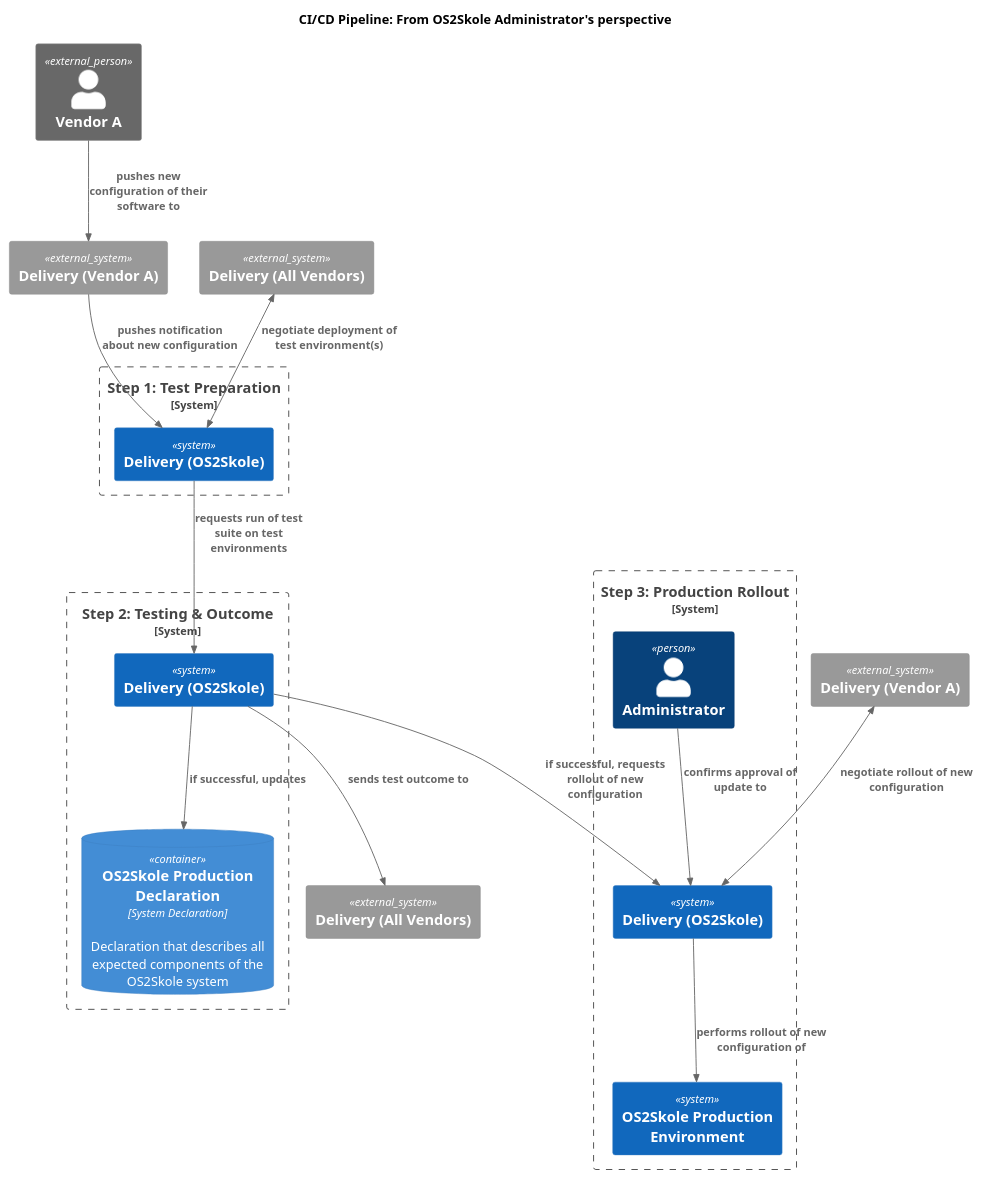
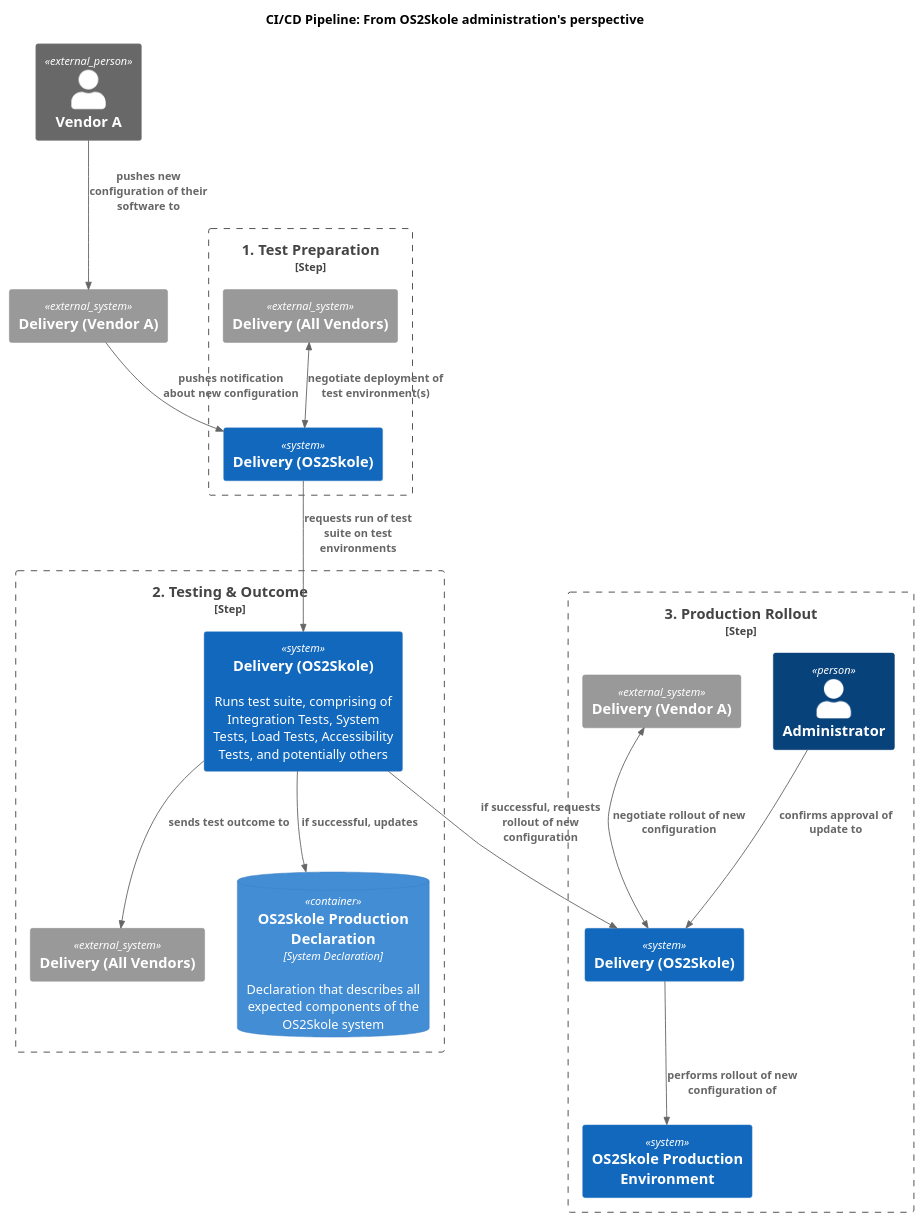
The diagram in docs/diagrams/pipeline_dynamic_diagram.puml (0xf1e/os2skole-PoC), drawn with PlantUML before and after one commit.

Commit message:
doc: make diagram more understandable

```diff
--- a/docs/diagrams/pipeline_dynamic_diagram.puml
+++ b/docs/diagrams/pipeline_dynamic_diagram.puml
@@ -1,45 +1,45 @@
 @startuml
 !include https://raw.githubusercontent.com/plantuml-stdlib/C4-PlantUML/master/C4_Container.puml
 
-title CI/CD Pipeline: From OS2Skole Administrator's perspective
+title CI/CD Pipeline: From OS2Skole administration's perspective
 
 ' --- External Actors ---
 Person_Ext(vendor_a, "Vendor A")
 System_Ext(delivery_vendor_a, "Delivery (Vendor A)", "")
-System_Ext(delivery_all_vendors_nego, "Delivery (All Vendors)", "")
-System_Ext(delivery_all_vendors_outcome, "Delivery (All Vendors)", "")
-System_Ext(delivery_vendor_a_prod, "Delivery (Vendor A)", "")
 
 Rel(vendor_a, delivery_vendor_a, "pushes new configuration of their software to")
 
 ' --- Step 1: Test Preparation ---
-Boundary(step1, "Step 1: Test Preparation", $type="System") {
+Boundary(step1, "1. Test Preparation", $type="Step") {
     System(os2skole_2_test_prep, "Delivery (OS2Skole)")
+    System_Ext(delivery_all_vendors_nego, "Delivery (All Vendors)", "")
 }
 
 Rel(delivery_vendor_a, os2skole_2_test_prep, "pushes notification about new configuration")
 BiRel(delivery_all_vendors_nego, os2skole_2_test_prep, "negotiate deployment of test environment(s)")
 
 ' --- Step 2: Testing & Outcome ---
-Boundary(step2, "Step 2: Testing & Outcome", $type="System") {
-    System(os2skole_3_update, "Delivery (OS2Skole)")
+Boundary(step2, "2. Testing & Outcome", $type="Step") {
+    System(os2skole_3_update, "Delivery (OS2Skole)", "Runs test suite, comprising of Integration Tests, System Tests, Load Tests, Accessibility Tests, and potentially others")
+    System_Ext(delivery_all_vendors_outcome, "Delivery (All Vendors)", "")
     ContainerDb(prod_decl, "OS2Skole Production Declaration", "System Declaration", "Declaration that describes all expected components of the OS2Skole system")
 }
 
 Rel(os2skole_2_test_prep, os2skole_3_update, "requests run of test suite on test environments")
 Rel(os2skole_3_update, delivery_all_vendors_outcome, "sends test outcome to")
 Rel(os2skole_3_update, prod_decl, "if successful, updates")
 
 ' --- Step 3: Production Rollout ---
-Boundary(step3, "Step 3: Production Rollout", $type="System") {
+Boundary(step3, "3. Production Rollout", $type="Step") {
     System(os2skole_4_rollout, "Delivery (OS2Skole)")
     Person(admin, "Administrator", "")
     System(prod_env, "OS2Skole Production\nEnvironment")
+    System_Ext(delivery_vendor_a_prod, "Delivery (Vendor A)", "")
 }
 
 Rel(os2skole_3_update, os2skole_4_rollout, "if successful, requests rollout of new configuration")
 Rel(admin, os2skole_4_rollout, "confirms approval of update to")
 BiRel(delivery_vendor_a_prod, os2skole_4_rollout, "negotiate rollout of new configuration")
 Rel(os2skole_4_rollout, prod_env, "performs rollout of new configuration of")
 
 @enduml
```
